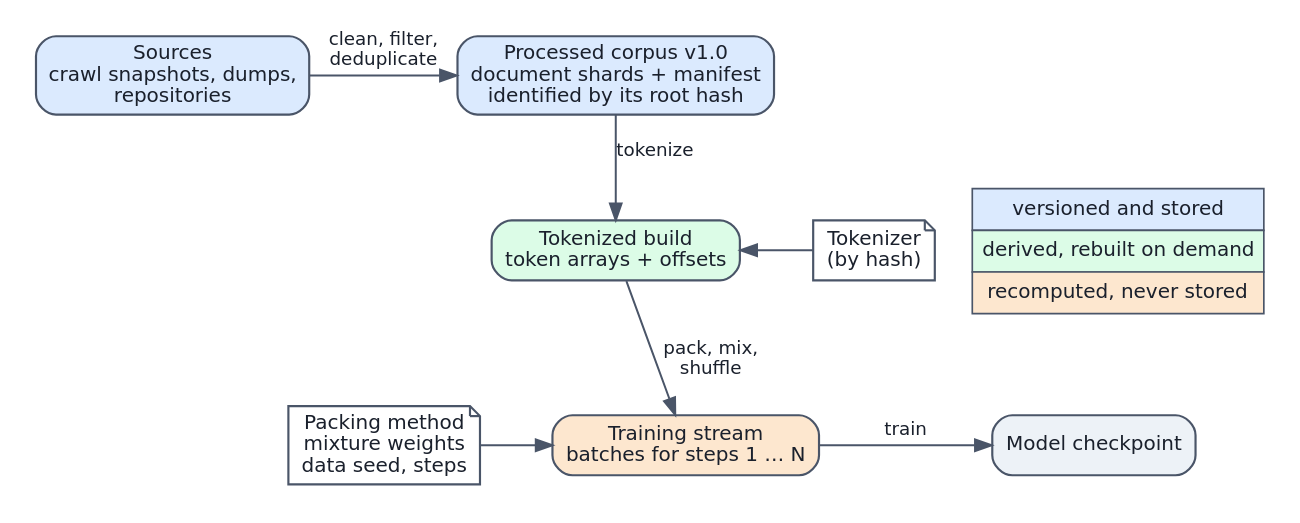
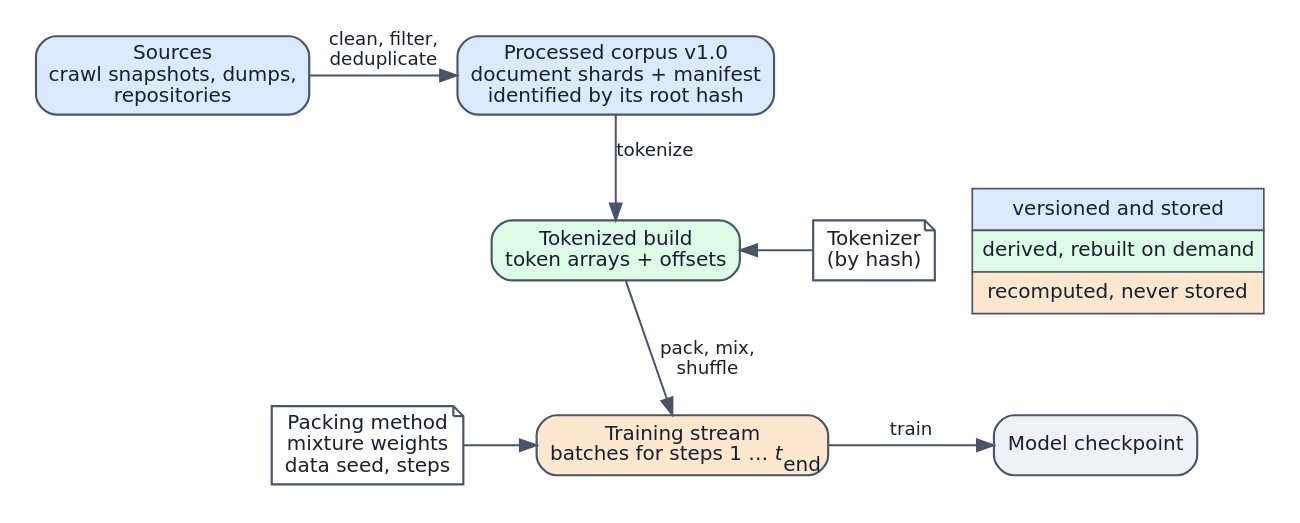
The diagram in chapters/05-dataset-management/figures/lineage.dot (Beaker12/llmatlas), drawn with Graphviz before and after one commit. The commit also changed 17 other files, not shown here.

```diff
--- a/chapters/05-dataset-management/figures/lineage.dot
+++ b/chapters/05-dataset-management/figures/lineage.dot
@@ -1,22 +1,22 @@
 digraph lineage {
   graph [fontname="DejaVu Sans", fontsize=13, nodesep=0.3, ranksep=0.45, pad=0.2];
   node [fontname="DejaVu Sans", fontsize=12, fontcolor="#1a202c", shape=box, style="rounded,filled", fillcolor="#ffffff", color="#4a5568", penwidth=1.3]; edge [fontname="DejaVu Sans", fontsize=11, fontcolor="#1a202c", color="#4a5568", penwidth=1.2];
     sources [label="Sources\ncrawl snapshots, dumps,\nrepositories", fillcolor="#dbeafe"];
     corpus [label="Processed corpus v1.0\ndocument shards + manifest\nidentified by its root hash", fillcolor="#dbeafe"];
     tokenized [label="Tokenized build\ntoken arrays + offsets", fillcolor="#dcfce7"];
-    stream [label="Training stream\nbatches for steps 1 … N", fillcolor="#fde7cf"];
+    stream [label=<Training stream<BR/>batches for steps 1 … <I>t</I><SUB>end</SUB>>, fillcolor="#fde7cf"];
   key [shape=plain, style="", label=<<TABLE BORDER="0" CELLBORDER="1" CELLSPACING="0" CELLPADDING="5" COLOR="#4a5568"><TR><TD BGCOLOR="#dbeafe">versioned and stored</TD></TR><TR><TD BGCOLOR="#dcfce7">derived, rebuilt on demand</TD></TR><TR><TD BGCOLOR="#fde7cf">recomputed, never stored</TD></TR></TABLE>>];
   key -> model [style=invis];
   model [label="Model checkpoint", fillcolor="#edf2f7"];
   tok [label="Tokenizer\n(by hash)", shape=note, style=filled];
   cfg [label="Packing method\nmixture weights\ndata seed, steps", shape=note, style=filled];
   sources -> corpus [label="clean, filter,\ndeduplicate"];
   corpus -> tokenized [label="tokenize"];
   tok -> tokenized;
   tokenized -> stream [label="pack, mix,\nshuffle"];
   cfg -> stream;
   stream -> model [label="train"];
   {rank=same; sources; corpus}
   {rank=same; tok; tokenized}
   {rank=same; cfg; stream; model}
 }
```
